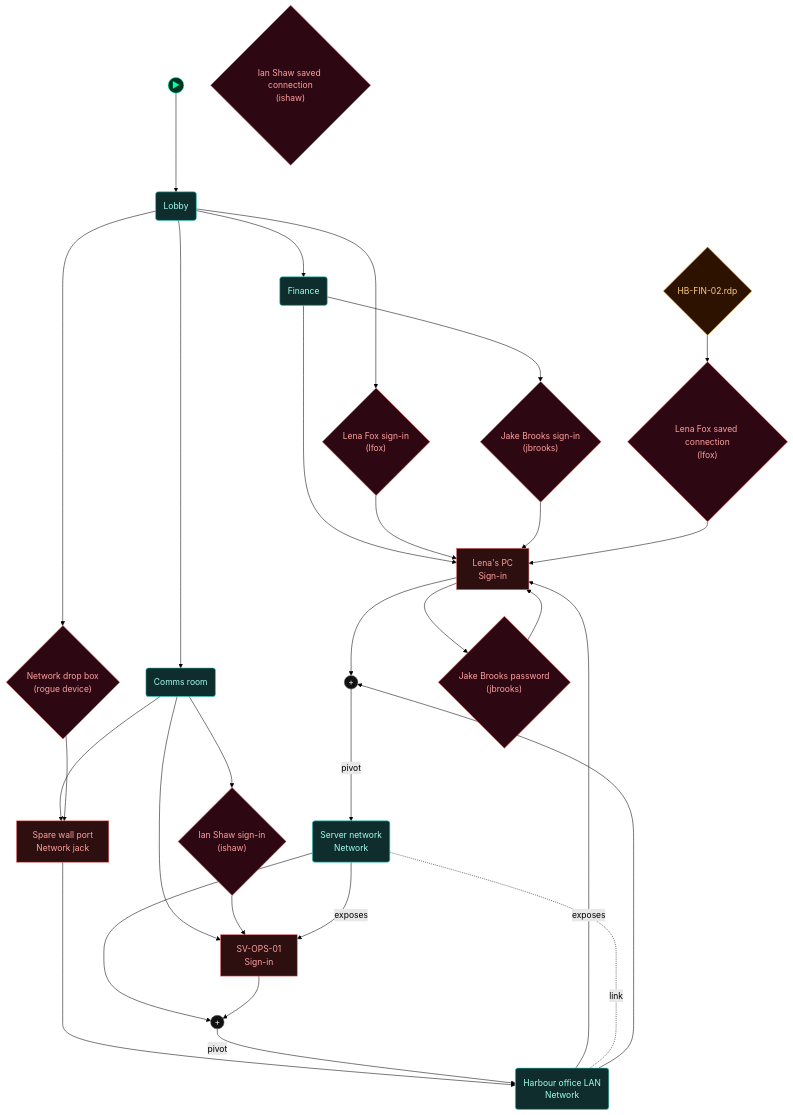
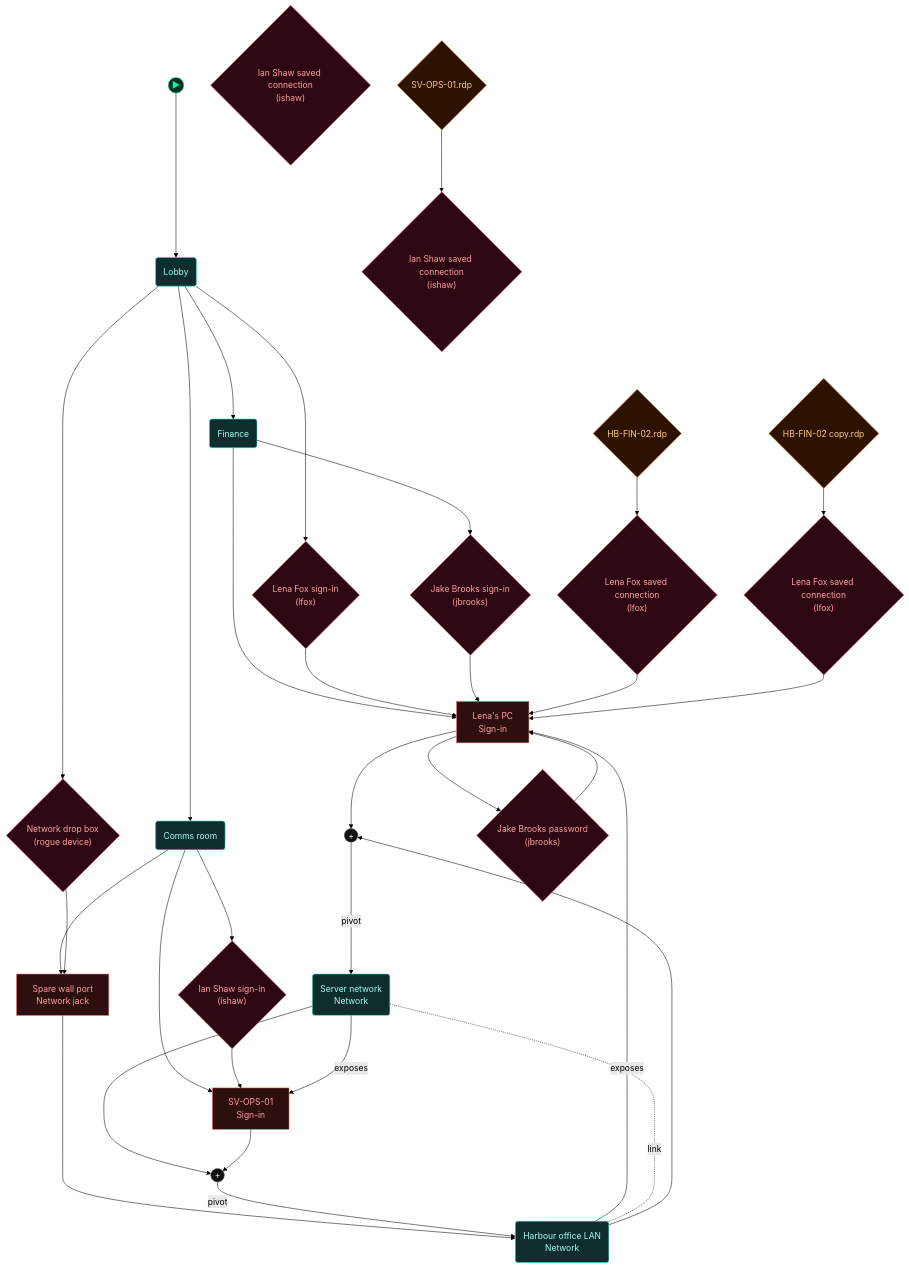
One commit to cliffe/BreakEscape changed the first of 5 diagrams in scenarios/test_access_keyring/dungeon_graph.md. Above: the diagram before and after it, drawn with Mermaid (forest theme). The commit also changed other lines of this file and 13 other files, not shown here.

````diff
--- a/scenarios/test_access_keyring/dungeon_graph.md
+++ b/scenarios/test_access_keyring/dungeon_graph.md
@@ -55,75 +55,82 @@
 ```mermaid
 flowchart TD
 
   classDef room      fill:#0f2d2d,stroke:#22ddcc,color:#a0ffee
   classDef lock      fill:#2d0f0f,stroke:#e66060,color:#ffa0a0
   classDef key       fill:#2d0812,stroke:#e66060,color:#ffa0a0
   classDef item      fill:#2d1200,stroke:#e89030,color:#ffcc80
   classDef gate      fill:#111,stroke:#666,color:#eee
   classDef vm        fill:#0c1f40,stroke:#4a90d9,color:#a0c8ff
   classDef flag      fill:#1a0c2d,stroke:#9060d0,color:#cc99ff
   classDef action    fill:#1a1200,stroke:#cc9922,color:#ffee88
   classDef aim       fill:#0d2a0d,stroke:#44cc44,color:#88ff88
   classDef aim_gate  fill:#111111,stroke:#44cc44,color:#44cc44
   classDef container fill:#1a2d1a,stroke:#60b060,color:#a0e0a0
   classDef npc       fill:#2d1f0d,stroke:#d0a050,color:#ffe0a0
   classDef critical  fill:#2a1500,stroke:#ffaa00,color:#ffdd88
   classDef start     fill:#003322,stroke:#00ffaa,color:#00ffaa
 
   node_start(("▶"))
   node_start --> lobby
 
   lock_ops_pc["SV-OPS-01<br/>Sign-in"]
   lock_lena_pc["Lena's PC<br/>Sign-in"]
   signin_lena{"Lena Fox sign-in<br/>(lfox)"}
   lobby("Lobby")
   signin_ian{"Ian Shaw sign-in<br/>(ishaw)"}
   comms_room("Comms room")
   signin_jake{"Jake Brooks sign-in<br/>(jbrooks)"}
   finance_room("Finance")
   device_kit_dropbox{"Network drop box<br/>(rogue device)"}
   jack_comms_port["Spare wall port<br/>Network jack"]
   net_office_lan("Harbour office LAN<br/>Network")
   net_server_lan("Server network<br/>Network")
   pivot_lena_pc((" + "))
   pivot_ops_pc((" + "))
   cred_jake_pw_note{"Jake Brooks password<br/>(jbrooks)"}
   cred_lena_rdp{"Lena Fox saved connection<br/>(lfox)"}
   cred_src_lena_rdp_file{"HB-FIN-02.rdp"}
+  cred_lena_rdp_gift{"Lena Fox saved connection<br/>(lfox)"}
+  cred_src_lena_rdp_gift{"HB-FIN-02 copy.rdp"}
   cred_ops_cookie{"Ian Shaw saved connection<br/>(ishaw)"}
+  cred_ops_rdp{"Ian Shaw saved connection<br/>(ishaw)"}
+  cred_src_ops_rdp_file{"SV-OPS-01.rdp"}
 
   comms_room --> lock_ops_pc
   finance_room --> lock_lena_pc
   lobby --> signin_lena
   signin_lena --> lock_lena_pc
   comms_room --> signin_ian
   signin_ian --> lock_ops_pc
   finance_room --> signin_jake
   signin_jake --> lock_lena_pc
   lobby --> device_kit_dropbox
   comms_room --> jack_comms_port
   device_kit_dropbox --> jack_comms_port
   jack_comms_port --> net_office_lan
   net_office_lan -->|exposes| lock_lena_pc
   net_server_lan -->|exposes| lock_ops_pc
   net_office_lan -.-|link| net_server_lan
   net_office_lan --> pivot_lena_pc
   lock_lena_pc --> pivot_lena_pc
   pivot_lena_pc -->|pivot| net_server_lan
   net_server_lan --> pivot_ops_pc
   lock_ops_pc --> pivot_ops_pc
   pivot_ops_pc -->|pivot| net_office_lan
   lobby --> comms_room
   lobby --> finance_room
   lock_lena_pc --> cred_jake_pw_note
   cred_jake_pw_note --> lock_lena_pc
   cred_src_lena_rdp_file --> cred_lena_rdp
   cred_lena_rdp --> lock_lena_pc
+  cred_src_lena_rdp_gift --> cred_lena_rdp_gift
+  cred_lena_rdp_gift --> lock_lena_pc
+  cred_src_ops_rdp_file --> cred_ops_rdp
 
   class lock_ops_pc,lock_lena_pc,jack_comms_port lock
-  class signin_lena,signin_ian,signin_jake,device_kit_dropbox,cred_jake_pw_note,cred_lena_rdp,cred_ops_cookie key
+  class signin_lena,signin_ian,signin_jake,device_kit_dropbox,cred_jake_pw_note,cred_lena_rdp,cred_lena_rdp_gift,cred_ops_cookie,cred_ops_rdp key
   class lobby,comms_room,finance_room,net_office_lan,net_server_lan room
   class pivot_lena_pc,pivot_ops_pc gate
-  class cred_src_lena_rdp_file item
+  class cred_src_lena_rdp_file,cred_src_lena_rdp_gift,cred_src_ops_rdp_file item
   class node_start start
 ```
````
